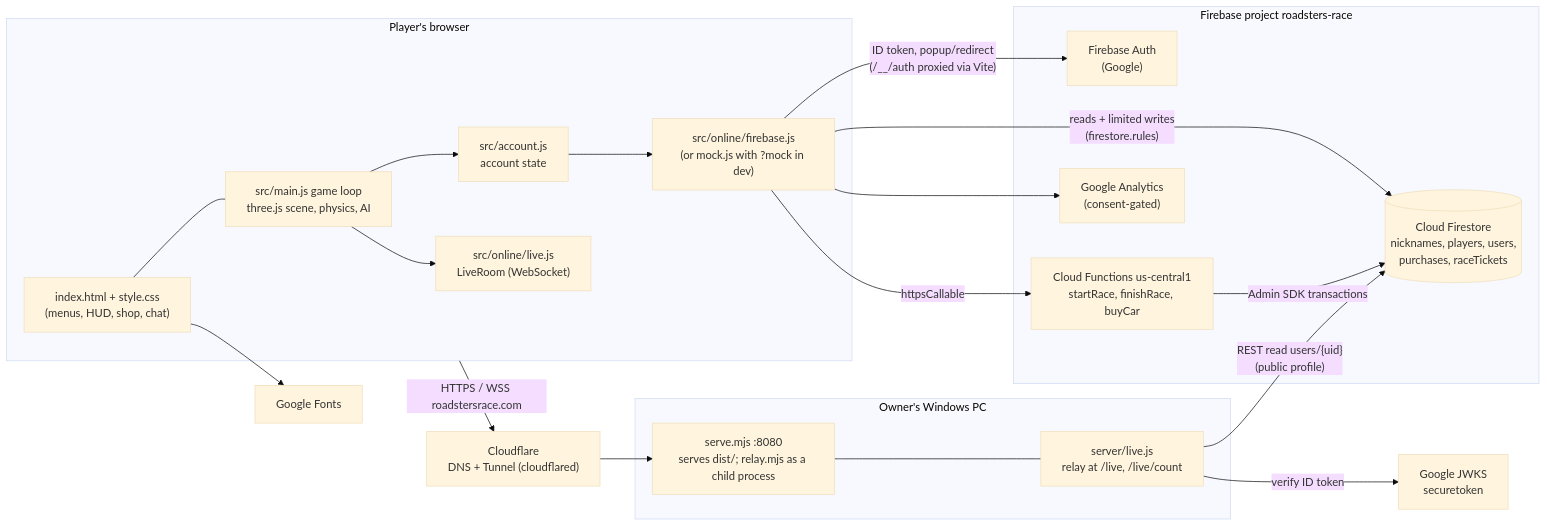
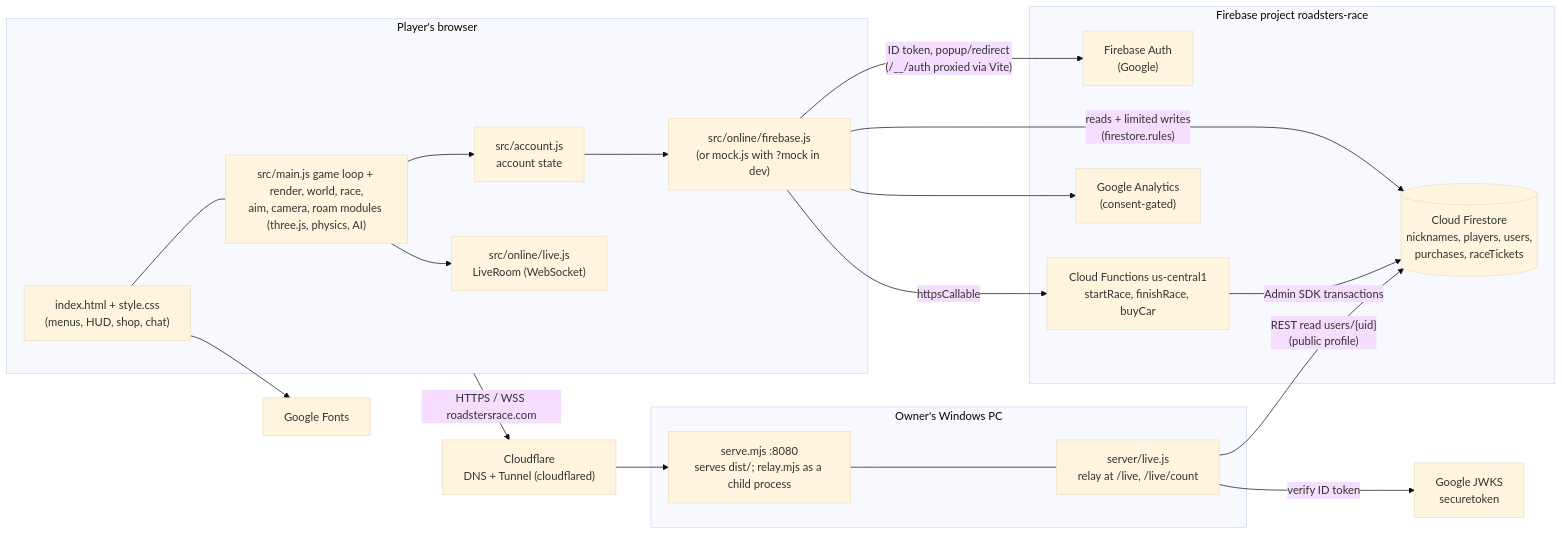
Before and after one commit to kalk1t/neon_c: the first of 2 diagrams in techplan/01-architecture.md, drawn with Mermaid (base theme). The commit also changed other lines of this file and 22 other files, not shown here.

````diff
--- a/techplan/01-architecture.md
+++ b/techplan/01-architecture.md
@@ -7,41 +7,41 @@
 ```mermaid
 flowchart LR
   subgraph Browser["Player's browser"]
     UI["index.html + style.css<br/>(menus, HUD, shop, chat)"]
-    Game["src/main.js game loop<br/>three.js scene, physics, AI"]
+    Game["src/main.js game loop + render, world, race,<br/>aim, camera, roam modules (three.js, physics, AI)"]
     Acc["src/account.js<br/>account state"]
     BE["src/online/firebase.js<br/>(or mock.js with ?mock in dev)"]
     LR["src/online/live.js<br/>LiveRoom (WebSocket)"]
     UI --- Game
     Game --> Acc --> BE
     Game --> LR
   end
 
   subgraph PC["Owner's Windows PC"]
     VP["serve.mjs :8080<br/>serves dist/; relay.mjs as a child process"]
     Relay["server/live.js<br/>relay at /live, /live/count"]
     VP --- Relay
   end
 
   CF["Cloudflare<br/>DNS + Tunnel (cloudflared)"]
 
   subgraph FB["Firebase project roadsters-race"]
     Auth["Firebase Auth<br/>(Google)"]
     FS[("Cloud Firestore<br/>nicknames, players, users,<br/>purchases, raceTickets")]
     Fn["Cloud Functions us-central1<br/>startRace, finishRace, buyCar"]
     GA["Google Analytics<br/>(consent-gated)"]
   end
 
   GF["Google Fonts"]
   JWKS["Google JWKS<br/>securetoken"]
 
   Browser -- "HTTPS / WSS roadstersrace.com" --> CF --> VP
   BE -- "ID token, popup/redirect<br/>(/__/auth proxied via Vite)" --> Auth
   BE -- "reads + limited writes<br/>(firestore.rules)" --> FS
   BE -- "httpsCallable" --> Fn
   Fn -- "Admin SDK transactions" --> FS
   BE --> GA
   Relay -- "verify ID token" --> JWKS
   Relay -- "REST read users/{uid}<br/>(public profile)" --> FS
   UI --> GF
 ```
````
